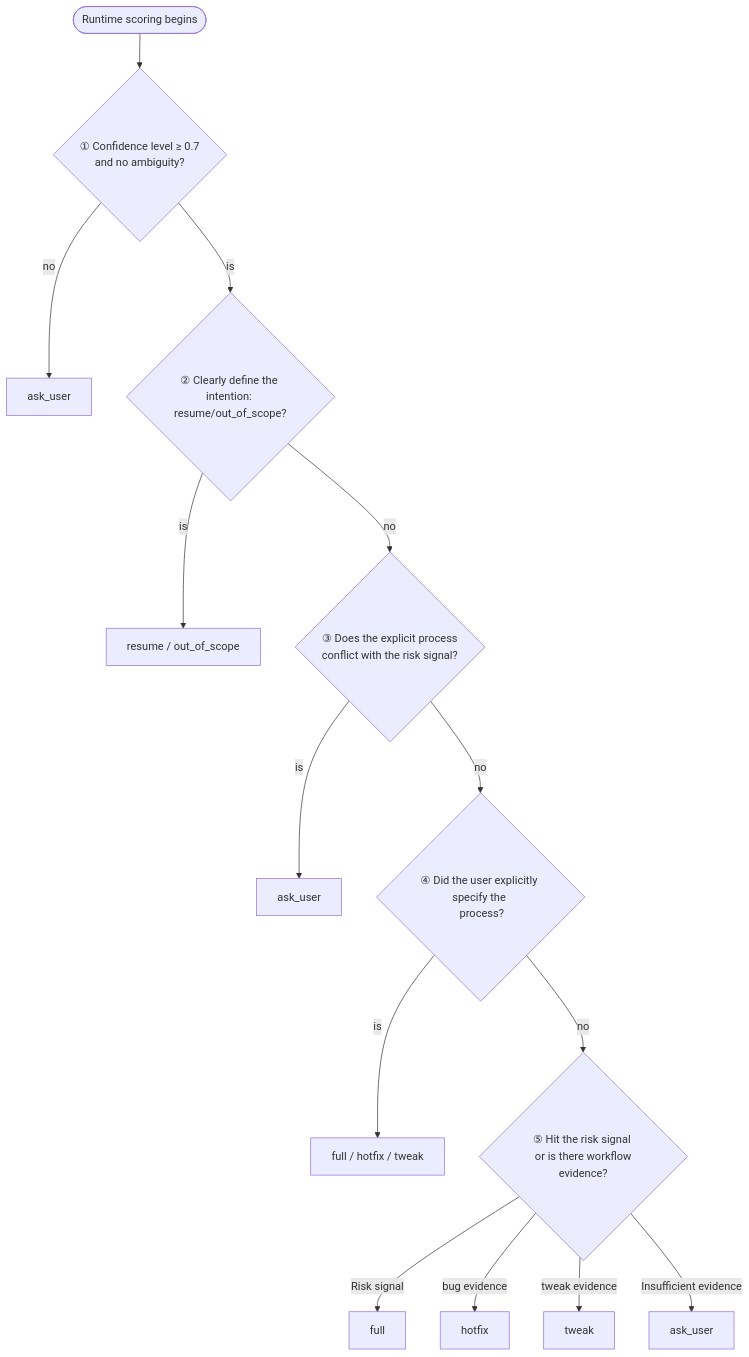
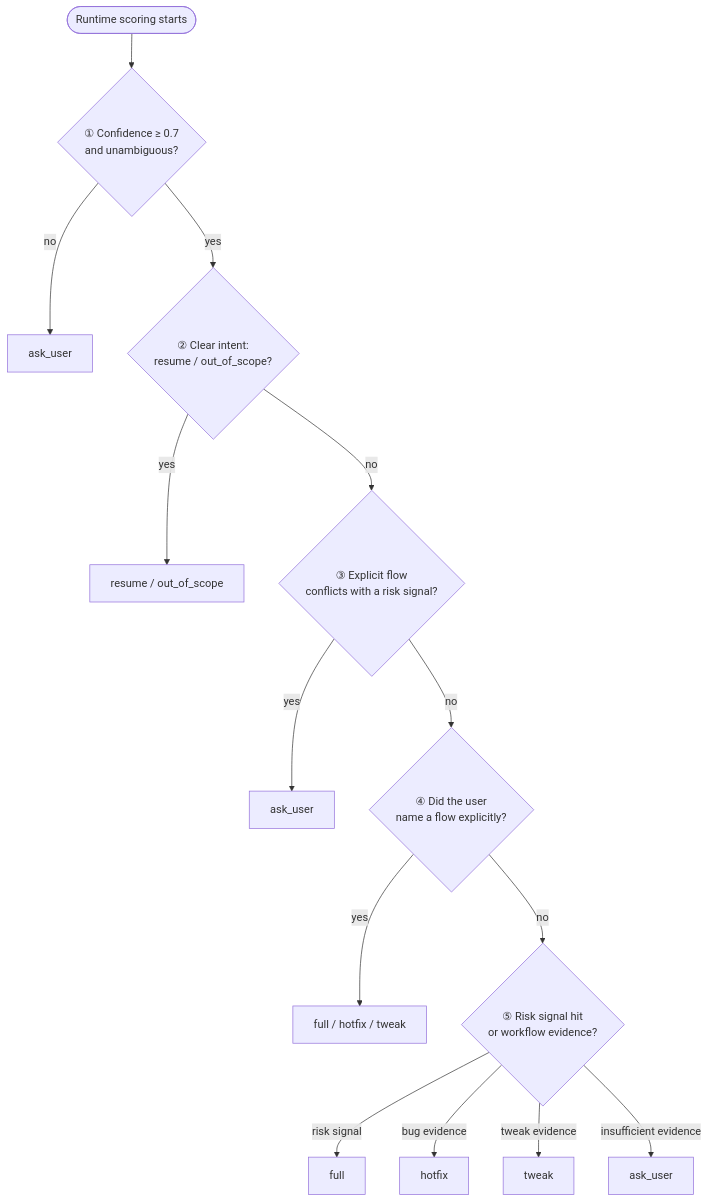
Before and after one commit to rpamis/comet-website-docs: the second of 2 diagrams in en/concepts/intent-routing.mdx, drawn with Mermaid. The commit also changed other lines of this file and 30 other files, not shown here.

````diff
--- a/en/concepts/intent-routing.mdx
+++ b/en/concepts/intent-routing.mdx
@@ -124,16 +205,16 @@
 ```mermaid
 flowchart TD
-    A(["Runtime scoring begins"]) --> B{"① Confidence level ≥ 0.7<br/> and no ambiguity?"}
+    A(["Runtime scoring starts"]) --> B{"① Confidence ≥ 0.7<br/>and unambiguous?"}
     B -->|no| AU1["ask_user"]
-    B -->|is| C{"② Clearly define the intention: <br/>resume/out_of_scope?"}
-    C -->|is| CLEAR["resume / out_of_scope"]
-    C -->|no| D{"③ Does the explicit process <br/> conflict with the risk signal?"}
-    D -->|is| AU2["ask_user"]
-    D -->|no| E{"④ Did the user explicitly specify the <br/> process?"}
-    E -->|is| WF["full / hotfix / tweak"]
-    E -->|no| F{"⑤ Hit the risk signal <br/> or is there workflow evidence?"}
-    F -->|"Risk signal"| FULL["full"]
+    B -->|yes| C{"② Clear intent:<br/>resume / out_of_scope?"}
+    C -->|yes| CLEAR["resume / out_of_scope"]
+    C -->|no| D{"③ Explicit flow<br/>conflicts with a risk signal?"}
+    D -->|yes| AU2["ask_user"]
+    D -->|no| E{"④ Did the user<br/>name a flow explicitly?"}
+    E -->|yes| WF["full / hotfix / tweak"]
+    E -->|no| F{"⑤ Risk signal hit<br/>or workflow evidence?"}
+    F -->|"risk signal"| FULL["full"]
     F -->|"bug evidence"| HF["hotfix"]
     F -->|"tweak evidence"| TW["tweak"]
-    F -->|"Insufficient evidence"| AU3["ask_user"]
+    F -->|"insufficient evidence"| AU3["ask_user"]
 ```
````
